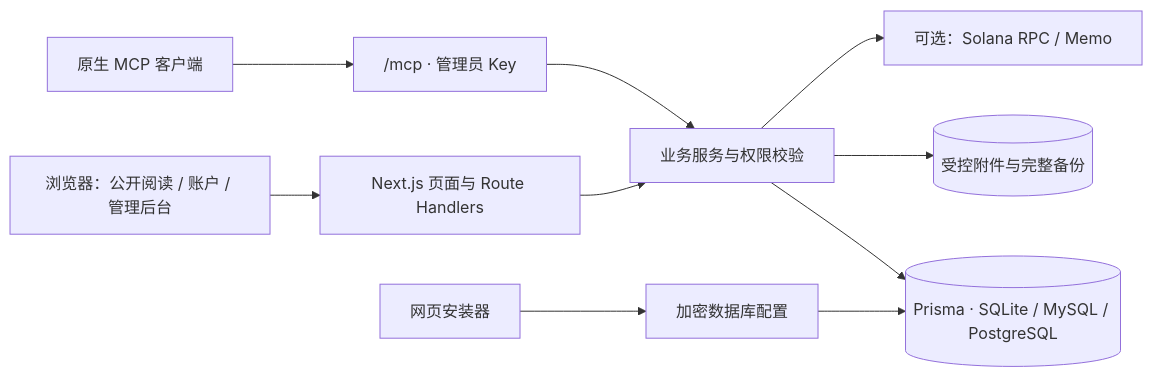
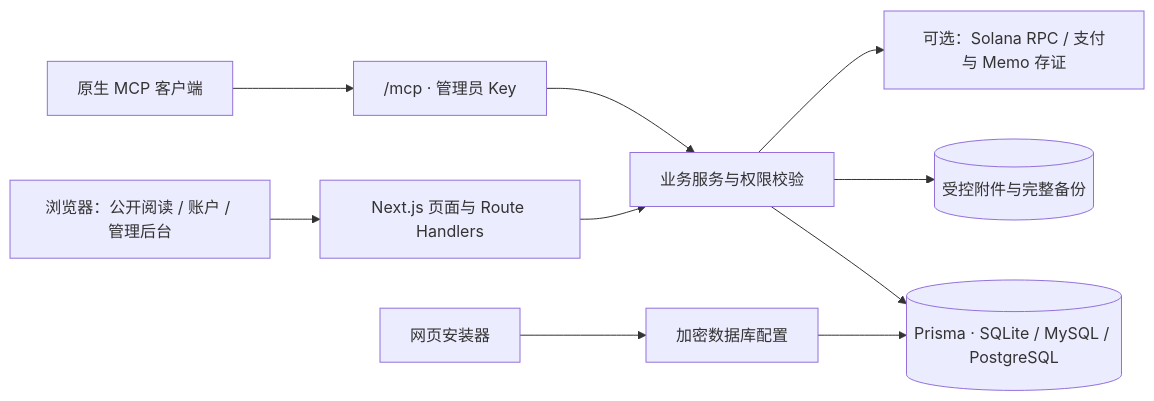
One commit to holic512/SlothVault changed the diagram in README.md. Above: the diagram before and after it, drawn with Mermaid. The commit also changed other lines of this file and 12 other files, not shown here.

Commit message:
[fix] [1.更新 README 明暗主题实拍与账户、插件后台及移动导航预览。 2.同步插件配置、主网 USDT 默认购分说明和截图来源记录。 3.按仓库发布规则同步应用版本至2.7.10。]

````diff
--- a/README.md
+++ b/README.md
@@ -174,12 +197,12 @@
 ```mermaid
 flowchart LR
     Web["浏览器：公开阅读 / 账户 / 管理后台"] --> App["Next.js 页面与 Route Handlers"]
     Native["原生 MCP 客户端"] --> MCP["/mcp · 管理员 Key"]
     App --> Services["业务服务与权限校验"]
     MCP --> Services
     Services --> DB[("Prisma · SQLite / MySQL / PostgreSQL")]
     Services --> Files[("受控附件与完整备份")]
-    Services --> Solana["可选：Solana RPC / Memo"]
+    Services --> Solana["可选：Solana RPC / 支付与 Memo 存证"]
     Installer["网页安装器"] --> Config["加密数据库配置"]
     Config --> DB
 ```
````
